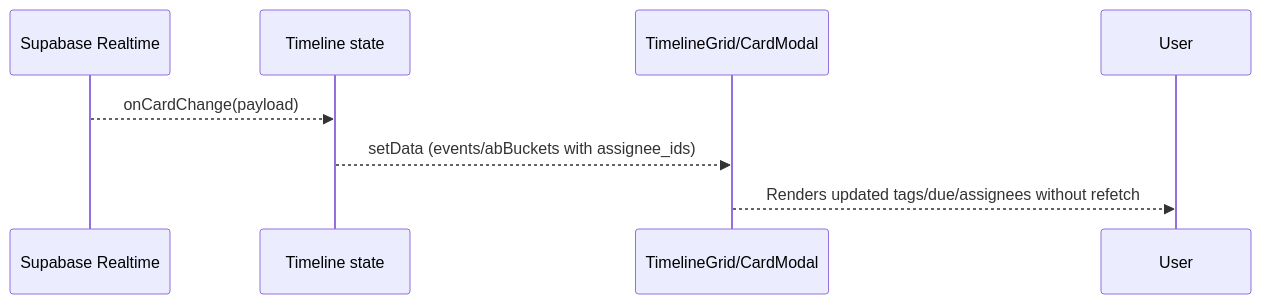
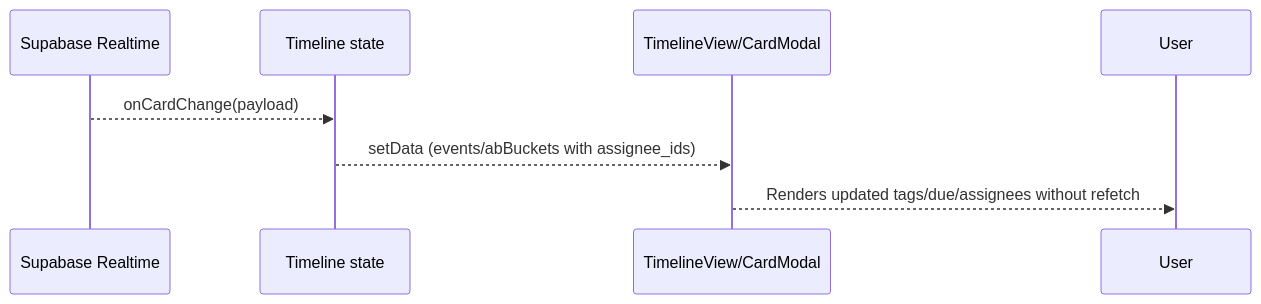
The third of 3 diagrams in docs/detail/architecture.md (my151ae/taesk), drawn with Mermaid before and after one commit. The commit also changed other lines of this file and 17 other files, not shown here.

Commit message:
feat: タイムラインカードのドラッグアンドドロップ関連データ属性を追加し、`TimelineCard`から`duration`と`alignTop`プロパティを削除し、`

````diff
--- a/docs/detail/architecture.md
+++ b/docs/detail/architecture.md
@@ -193,10 +195,10 @@
 ```mermaid
 sequenceDiagram
   participant RT as Supabase Realtime
   participant State as Timeline state
-  participant UI as TimelineGrid/CardModal
+  participant UI as TimelineView/CardModal
 
   RT-->>State: onCardChange(payload)
   State-->>UI: setData (events/abBuckets with assignee_ids)
   UI-->>User: Renders updated tags/due/assignees without refetch
 ```
````
